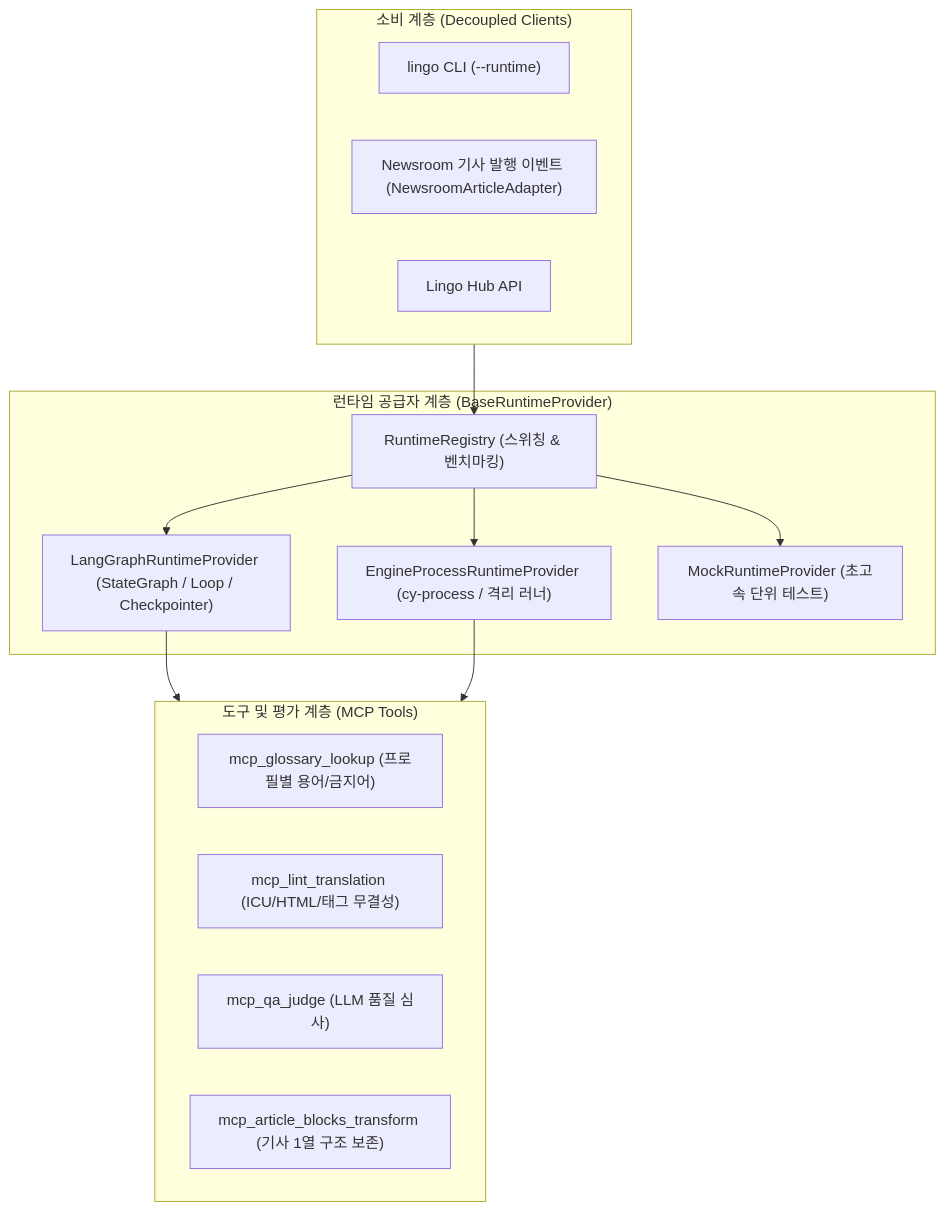
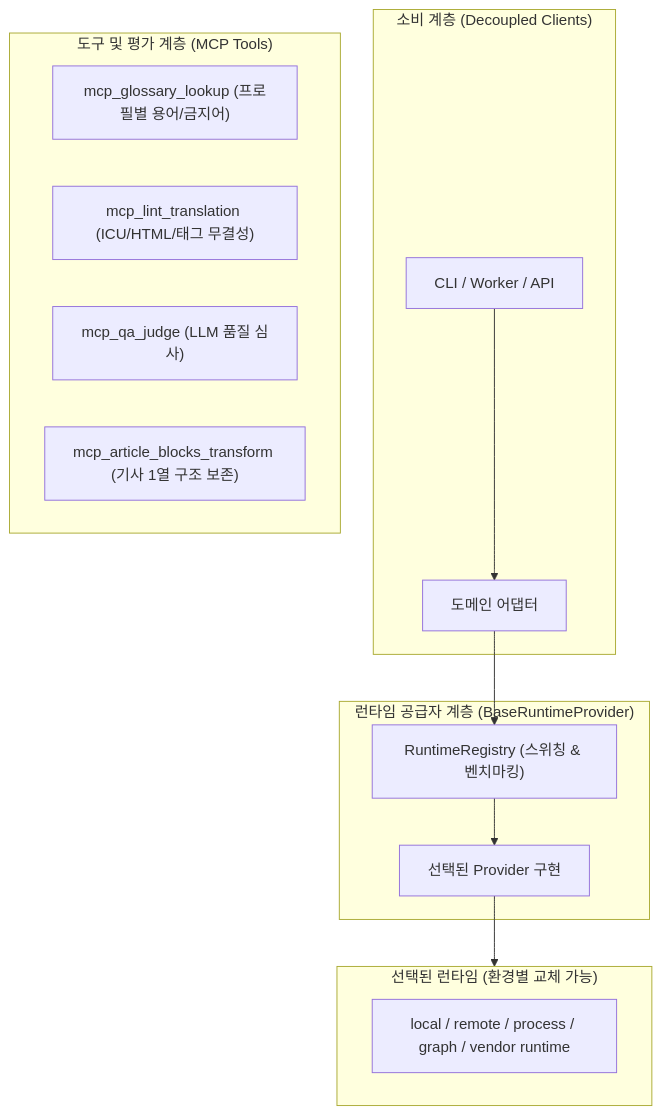
One commit to devcy0922/lingo-agent changed the fourth of 4 diagrams in architecture.md. Above: the diagram before and after it, drawn with Mermaid. The commit also changed other lines of this file and 12 other files, not shown here.

````diff
--- a/architecture.md
+++ b/architecture.md
@@ -235,29 +235,25 @@
 ```mermaid
 flowchart TD
     subgraph Consumers["소비 계층 (Decoupled Clients)"]
-        CLI["lingo CLI (--runtime)"]
-        NewsroomPub["Newsroom 기사 발행 이벤트 (NewsroomArticleAdapter)"]
-        APIServer["Lingo Hub API"]
+        CLI["CLI / Worker / API"]
+        DomainAdapter["도메인 어댑터"]
     end
 
     subgraph ProviderLayer["런타임 공급자 계층 (BaseRuntimeProvider)"]
         Registry["RuntimeRegistry (스위칭 & 벤치마킹)"]
-        LG["LangGraphRuntimeProvider (StateGraph / Loop / Checkpointer)"]
-        EP["EngineProcessRuntimeProvider (cy-process / 격리 러너)"]
-        Mock["MockRuntimeProvider (초고속 단위 테스트)"]
+        Provider["선택된 Provider 구현"]
+    end
+
+    subgraph RuntimeLayer["선택된 런타임 (환경별 교체 가능)"]
+        Runtime["local / remote / process / graph / vendor runtime"]
     end
 
     subgraph ToolingLayer["도구 및 평가 계층 (MCP Tools)"]
         MCP_Glossary["mcp_glossary_lookup (프로필별 용어/금지어)"]
         MCP_Lint["mcp_lint_translation (ICU/HTML/태그 무결성)"]
         MCP_Judge["mcp_qa_judge (LLM 품질 심사)"]
         MCP_Article["mcp_article_blocks_transform (기사 1열 구조 보존)"]
     end
 
-    Consumers --> Registry
-    Registry --> LG
-    Registry --> EP
-    Registry --> Mock
-    LG --> ToolingLayer
-    EP --> ToolingLayer
+    CLI --> DomainAdapter --> Registry --> Provider --> RuntimeLayer
 ```
````
